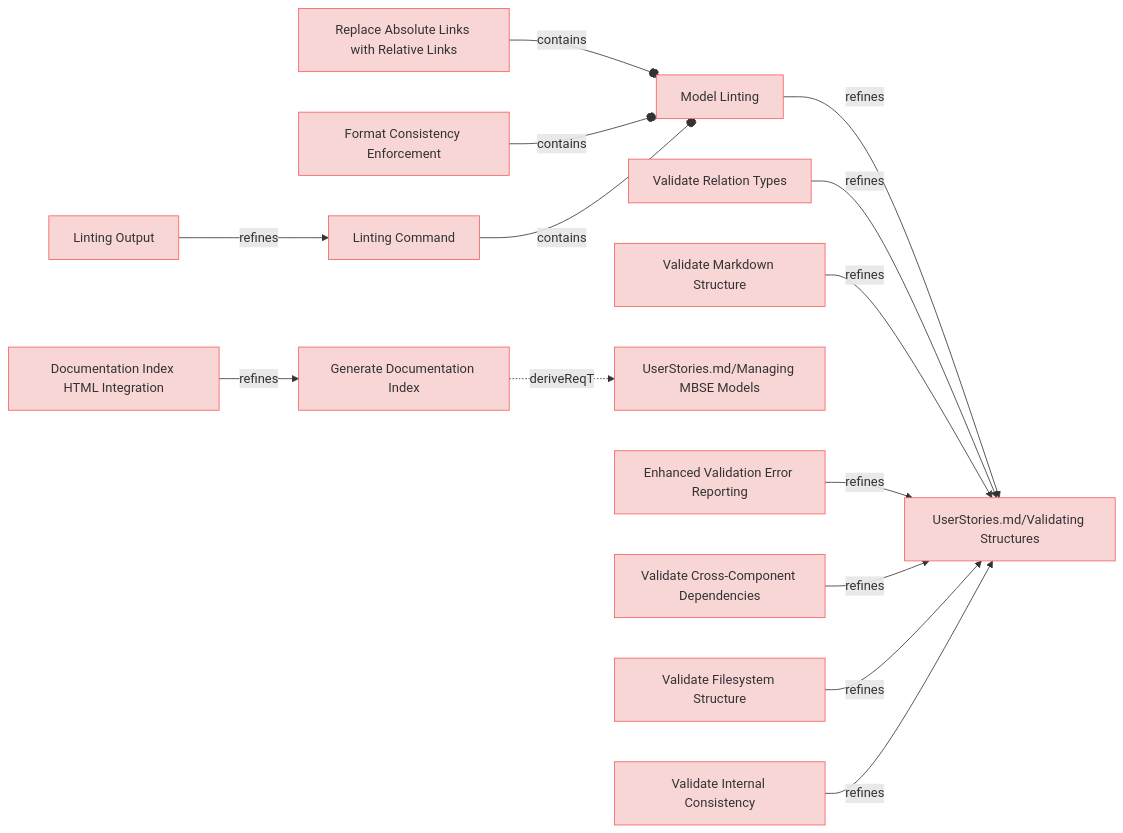
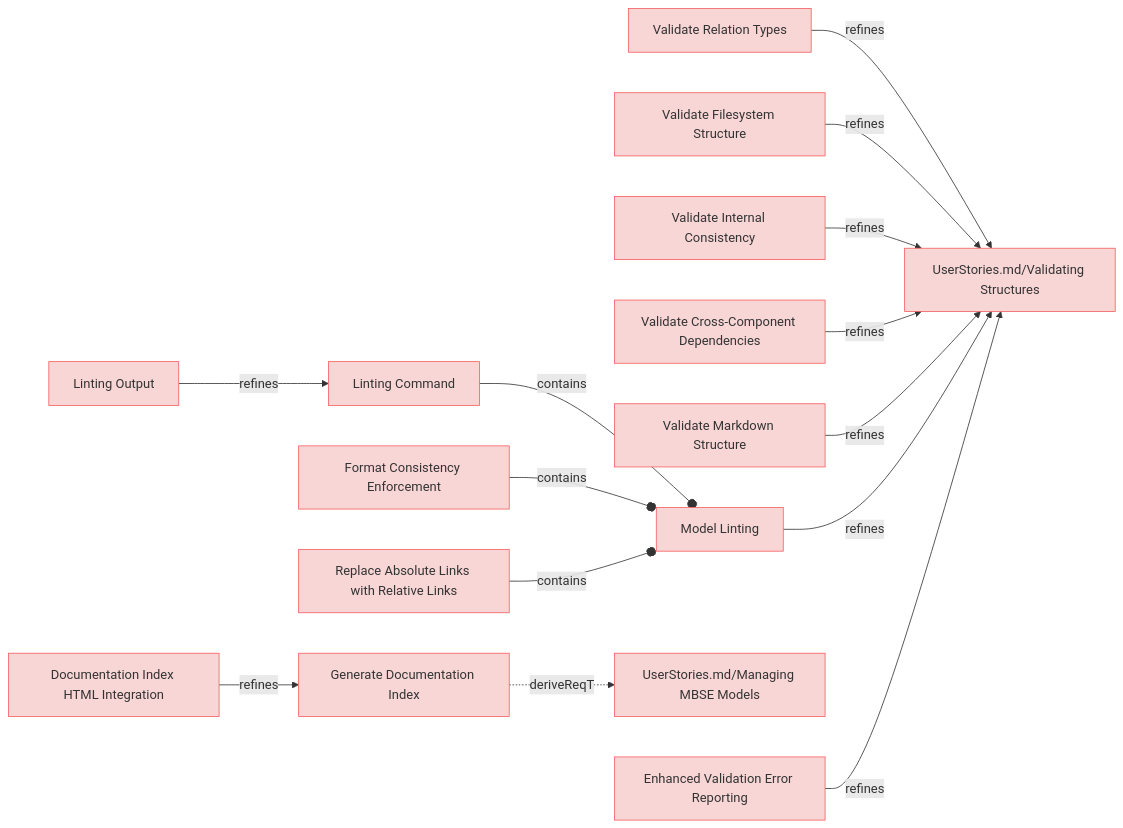
Before and after one commit to reqvire-org/reqvire: the third of 9 diagrams in specifications/UserRequirements.md, drawn with Mermaid. The commit also changed other lines of this file and 14 other files, not shown here.

````diff
--- a/specifications/UserRequirements.md
+++ b/specifications/UserRequirements.md
@@ -87,67 +87,67 @@
 ```mermaid
 graph LR;
   %% Graph styling
   classDef requirement fill:#f9d6d6,stroke:#f55f5f,stroke-width:1px;
   classDef verification fill:#d6f9d6,stroke:#5fd75f,stroke-width:1px;
   classDef externalLink fill:#d0e0ff,stroke:#3080ff,stroke-width:1px;
   classDef default fill:#f5f5f5,stroke:#333333,stroke-width:1px;
 
+  f25cbfbca6d6d92e["Validate Relation Types"];
+  class f25cbfbca6d6d92e requirement;
+  click f25cbfbca6d6d92e "UserRequirements.md#validate-relation-types";
+  113748a94885138d["UserStories.md/Validating Structures"];
+  class 113748a94885138d requirement;
+  click 113748a94885138d "UserStories.md#validating-structures";
+  f25cbfbca6d6d92e -->|refines| 113748a94885138d;
+  a51179cda67cf9f2["Linting Command"];
+  class a51179cda67cf9f2 requirement;
+  click a51179cda67cf9f2 "UserRequirements.md#linting-command";
+  7305c1d6f7f1e2b2["Model Linting"];
+  class 7305c1d6f7f1e2b2 requirement;
+  click 7305c1d6f7f1e2b2 "UserRequirements.md#model-linting";
+  a51179cda67cf9f2 --o|contains| 7305c1d6f7f1e2b2;
+  5c482dc763b4133a["Validate Filesystem Structure"];
+  class 5c482dc763b4133a requirement;
+  click 5c482dc763b4133a "UserRequirements.md#validate-filesystem-structure";
+  5c482dc763b4133a -->|refines| 113748a94885138d;
+  26fdf88d16b09109["Linting Output"];
+  class 26fdf88d16b09109 requirement;
+  click 26fdf88d16b09109 "UserRequirements.md#linting-output";
+  26fdf88d16b09109 -->|refines| a51179cda67cf9f2;
+  974ccf933675ef44["Format Consistency Enforcement"];
+  class 974ccf933675ef44 requirement;
+  click 974ccf933675ef44 "UserRequirements.md#format-consistency-enforcement";
+  974ccf933675ef44 --o|contains| 7305c1d6f7f1e2b2;
+  c50887ce89be280a["Validate Internal Consistency"];
+  class c50887ce89be280a requirement;
+  click c50887ce89be280a "UserRequirements.md#validate-internal-consistency";
+  c50887ce89be280a -->|refines| 113748a94885138d;
   8dfe33c28555e80a["Replace Absolute Links with Relative Links"];
   class 8dfe33c28555e80a requirement;
   click 8dfe33c28555e80a "UserRequirements.md#replace-absolute-links-with-relative-links";
-  7305c1d6f7f1e2b2["Model Linting"];
-  class 7305c1d6f7f1e2b2 requirement;
-  click 7305c1d6f7f1e2b2 "UserRequirements.md#model-linting";
   8dfe33c28555e80a --o|contains| 7305c1d6f7f1e2b2;
+  3bd9d29239564eeb["Validate Cross-Component Dependencies"];
+  class 3bd9d29239564eeb requirement;
+  click 3bd9d29239564eeb "UserRequirements.md#validate-cross-component-dependencies";
+  3bd9d29239564eeb -->|refines| 113748a94885138d;
+  586b073cd97908da["Validate Markdown Structure"];
+  class 586b073cd97908da requirement;
+  click 586b073cd97908da "UserRequirements.md#validate-markdown-structure";
+  586b073cd97908da -->|refines| 113748a94885138d;
   84b3d0502132adb5["Documentation Index HTML Integration"];
   class 84b3d0502132adb5 requirement;
   click 84b3d0502132adb5 "UserRequirements.md#documentation-index-html-integration";
   c2b6c74b77726ad9["Generate Documentation Index"];
   class c2b6c74b77726ad9 requirement;
   click c2b6c74b77726ad9 "UserRequirements.md#generate-documentation-index";
   84b3d0502132adb5 -->|refines| c2b6c74b77726ad9;
-  26fdf88d16b09109["Linting Output"];
-  class 26fdf88d16b09109 requirement;
-  click 26fdf88d16b09109 "UserRequirements.md#linting-output";
-  a51179cda67cf9f2["Linting Command"];
-  class a51179cda67cf9f2 requirement;
-  click a51179cda67cf9f2 "UserRequirements.md#linting-command";
-  26fdf88d16b09109 -->|refines| a51179cda67cf9f2;
-  113748a94885138d["UserStories.md/Validating Structures"];
-  class 113748a94885138d requirement;
-  click 113748a94885138d "UserStories.md#validating-structures";
-  7305c1d6f7f1e2b2 -->|refines| 113748a94885138d;
-  f25cbfbca6d6d92e["Validate Relation Types"];
-  class f25cbfbca6d6d92e requirement;
-  click f25cbfbca6d6d92e "UserRequirements.md#validate-relation-types";
-  f25cbfbca6d6d92e -->|refines| 113748a94885138d;
-  586b073cd97908da["Validate Markdown Structure"];
-  class 586b073cd97908da requirement;
-  click 586b073cd97908da "UserRequirements.md#validate-markdown-structure";
-  586b073cd97908da -->|refines| 113748a94885138d;
   e61b7c1baa89bfc6["UserStories.md/Managing MBSE Models"];
   class e61b7c1baa89bfc6 requirement;
   click e61b7c1baa89bfc6 "UserStories.md#managing-mbse-models";
   c2b6c74b77726ad9 -.->|deriveReqT| e61b7c1baa89bfc6;
-  974ccf933675ef44["Format Consistency Enforcement"];
-  class 974ccf933675ef44 requirement;
-  click 974ccf933675ef44 "UserRequirements.md#format-consistency-enforcement";
-  974ccf933675ef44 --o|contains| 7305c1d6f7f1e2b2;
+  7305c1d6f7f1e2b2 -->|refines| 113748a94885138d;
   3b10b8811daaed67["Enhanced Validation Error Reporting"];
   class 3b10b8811daaed67 requirement;
   click 3b10b8811daaed67 "UserRequirements.md#enhanced-validation-error-reporting";
   3b10b8811daaed67 -->|refines| 113748a94885138d;
-  3bd9d29239564eeb["Validate Cross-Component Dependencies"];
-  class 3bd9d29239564eeb requirement;
-  click 3bd9d29239564eeb "UserRequirements.md#validate-cross-component-dependencies";
-  3bd9d29239564eeb -->|refines| 113748a94885138d;
-  a51179cda67cf9f2 --o|contains| 7305c1d6f7f1e2b2;
-  5c482dc763b4133a["Validate Filesystem Structure"];
-  class 5c482dc763b4133a requirement;
-  click 5c482dc763b4133a "UserRequirements.md#validate-filesystem-structure";
-  5c482dc763b4133a -->|refines| 113748a94885138d;
-  c50887ce89be280a["Validate Internal Consistency"];
-  class c50887ce89be280a requirement;
-  click c50887ce89be280a "UserRequirements.md#validate-internal-consistency";
-  c50887ce89be280a -->|refines| 113748a94885138d;
 ```
````
